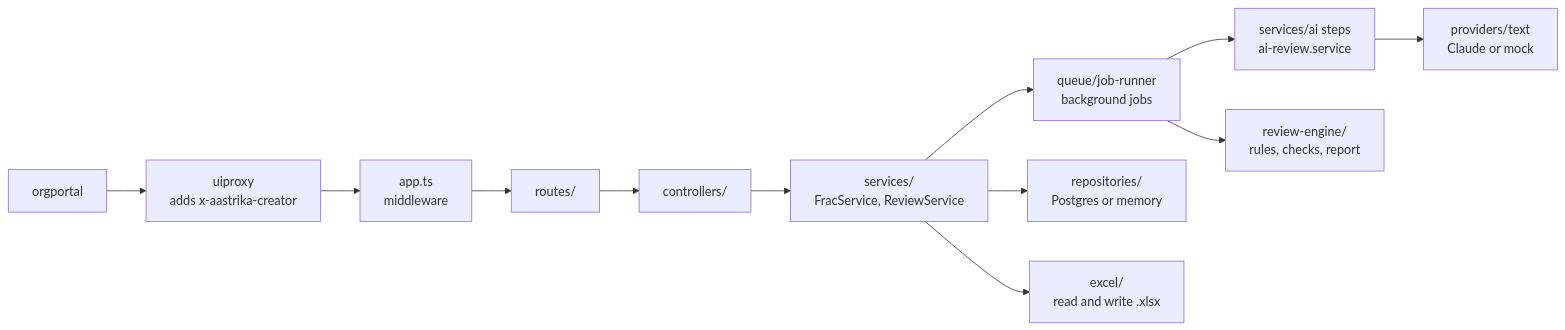
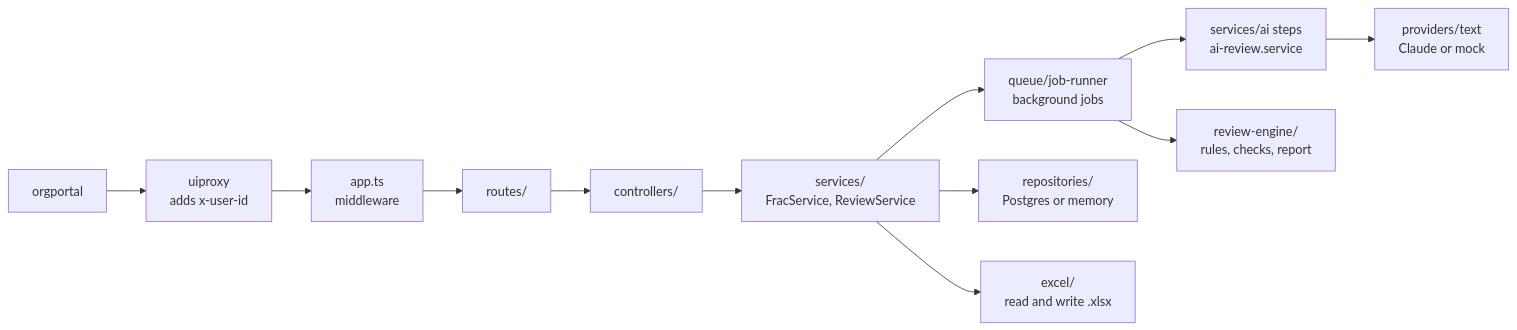
Before and after one commit to vpPavithra/frac-AIstudio-service: the diagram in docs/CODEBASE_GUIDE.md, drawn with Mermaid. The commit also changed other lines of this file and 31 other files, not shown here.

````diff
--- a/docs/CODEBASE_GUIDE.md
+++ b/docs/CODEBASE_GUIDE.md
@@ -27,13 +27,13 @@
 ```mermaid
 flowchart LR
-  portal[orgportal] --> proxy[uiproxy<br/>adds x-aastrika-creator]
+  portal[orgportal] --> proxy[uiproxy<br/>adds x-user-id]
   proxy --> app[app.ts<br/>middleware]
   app --> routes[routes/] --> controllers[controllers/]
   controllers --> svc[services/<br/>FracService, ReviewService]
   svc --> runner[queue/job-runner<br/>background jobs]
   runner --> ai[services/ai steps<br/>ai-review.service]
   ai --> provider[providers/text<br/>Claude or mock]
   runner --> engine[review-engine/<br/>rules, checks, report]
   svc --> repos[repositories/<br/>Postgres or memory]
   svc --> excel[excel/<br/>read and write .xlsx]
 ```
````
